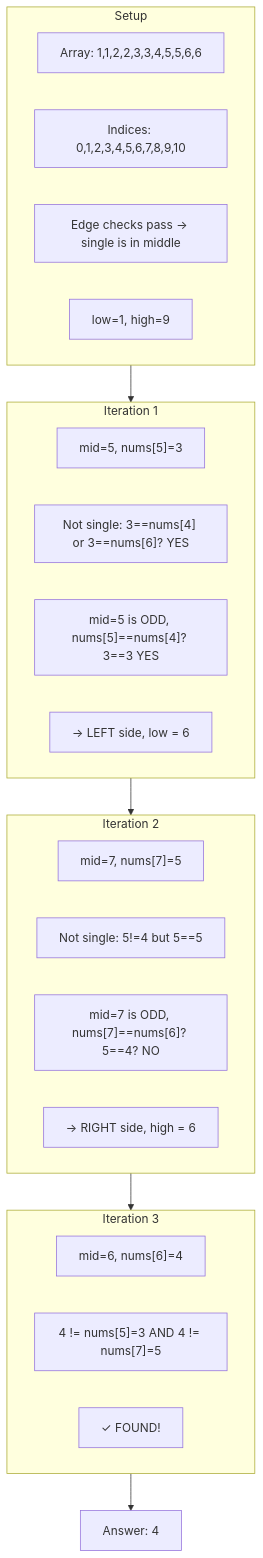
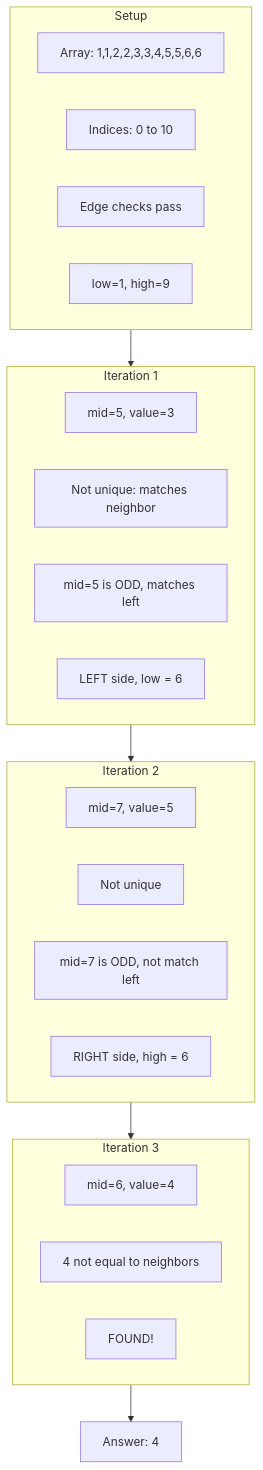
Before and after one commit to pentoshi007/tuf: diagram 16 of 19 in dsa/Advanced/04-Binary search/02-logic-building/02-logic-building.md, drawn with Mermaid. The commit also changed other lines of this file and 1 other file, not shown here.

First line of the commit message:
Fix Mermaid diagram syntax for GitHub compatibility

````diff
--- a/dsa/Advanced/04-Binary search/02-logic-building/02-logic-building.md
+++ b/dsa/Advanced/04-Binary search/02-logic-building/02-logic-building.md
@@ -735,31 +732,31 @@
 ```mermaid
 flowchart TB
     subgraph Setup["Setup"]
         S1["Array: 1,1,2,2,3,3,4,5,5,6,6"]
-        S2["Indices: 0,1,2,3,4,5,6,7,8,9,10"]
-        S3["Edge checks pass → single is in middle"]
+        S2["Indices: 0 to 10"]
+        S3["Edge checks pass"]
         S4["low=1, high=9"]
     end
     
     subgraph Iter1["Iteration 1"]
-        A1["mid=5, nums[5]=3"]
-        A2["Not single: 3==nums[4] or 3==nums[6]? YES"]
-        A3["mid=5 is ODD, nums[5]==nums[4]? 3==3 YES"]
-        A4["→ LEFT side, low = 6"]
+        A1["mid=5, value=3"]
+        A2["Not unique: matches neighbor"]
+        A3["mid=5 is ODD, matches left"]
+        A4["LEFT side, low = 6"]
     end
     
     subgraph Iter2["Iteration 2"]
-        B1["mid=7, nums[7]=5"]
-        B2["Not single: 5!=4 but 5==5"]
-        B3["mid=7 is ODD, nums[7]==nums[6]? 5==4? NO"]
-        B4["→ RIGHT side, high = 6"]
+        B1["mid=7, value=5"]
+        B2["Not unique"]
+        B3["mid=7 is ODD, not match left"]
+        B4["RIGHT side, high = 6"]
     end
     
     subgraph Iter3["Iteration 3"]
-        C1["mid=6, nums[6]=4"]
-        C2["4 != nums[5]=3 AND 4 != nums[7]=5"]
-        C3["✓ FOUND!"]
+        C1["mid=6, value=4"]
+        C2["4 not equal to neighbors"]
+        C3["FOUND!"]
     end
     
     Setup --> Iter1 --> Iter2 --> Iter3 --> Result["Answer: 4"]
 ```
````
